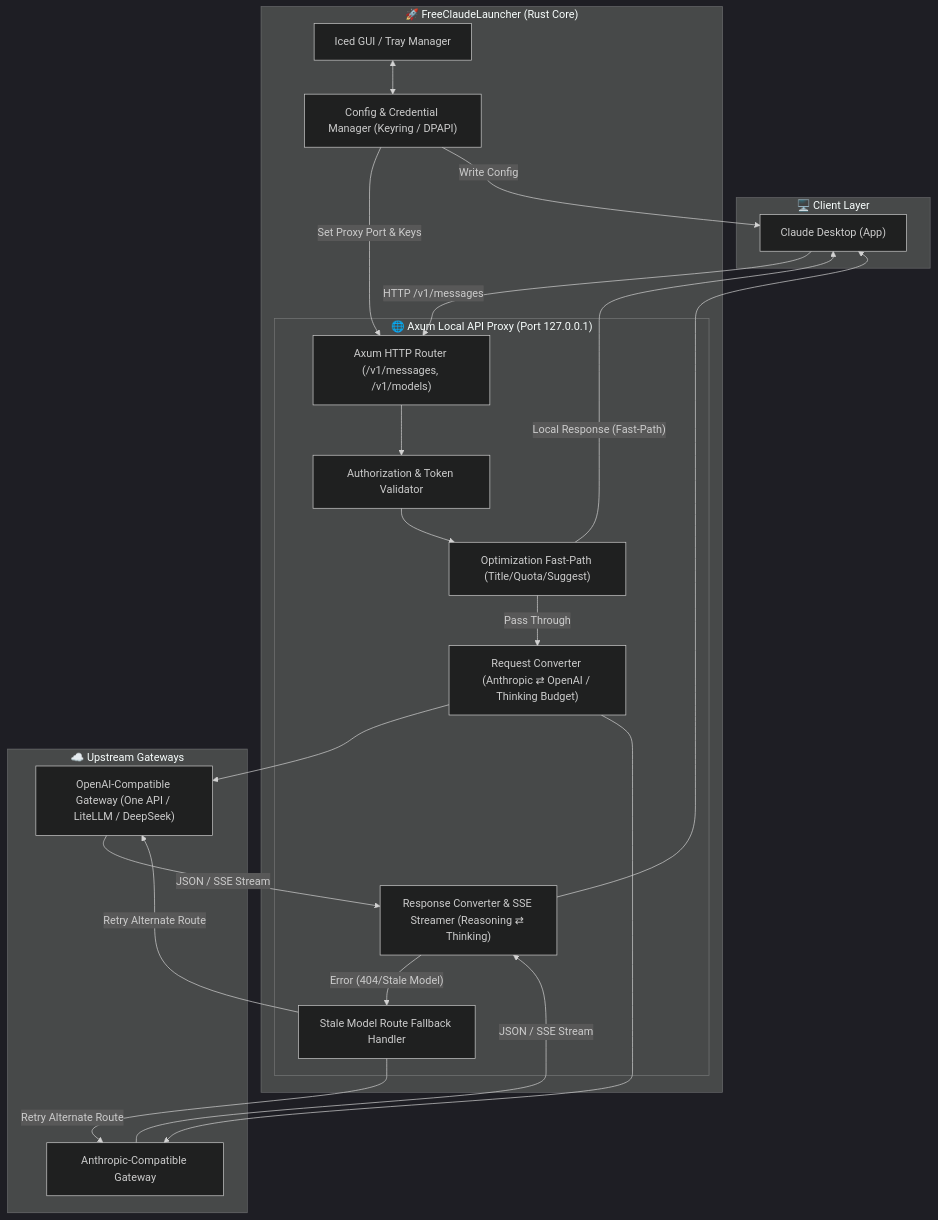
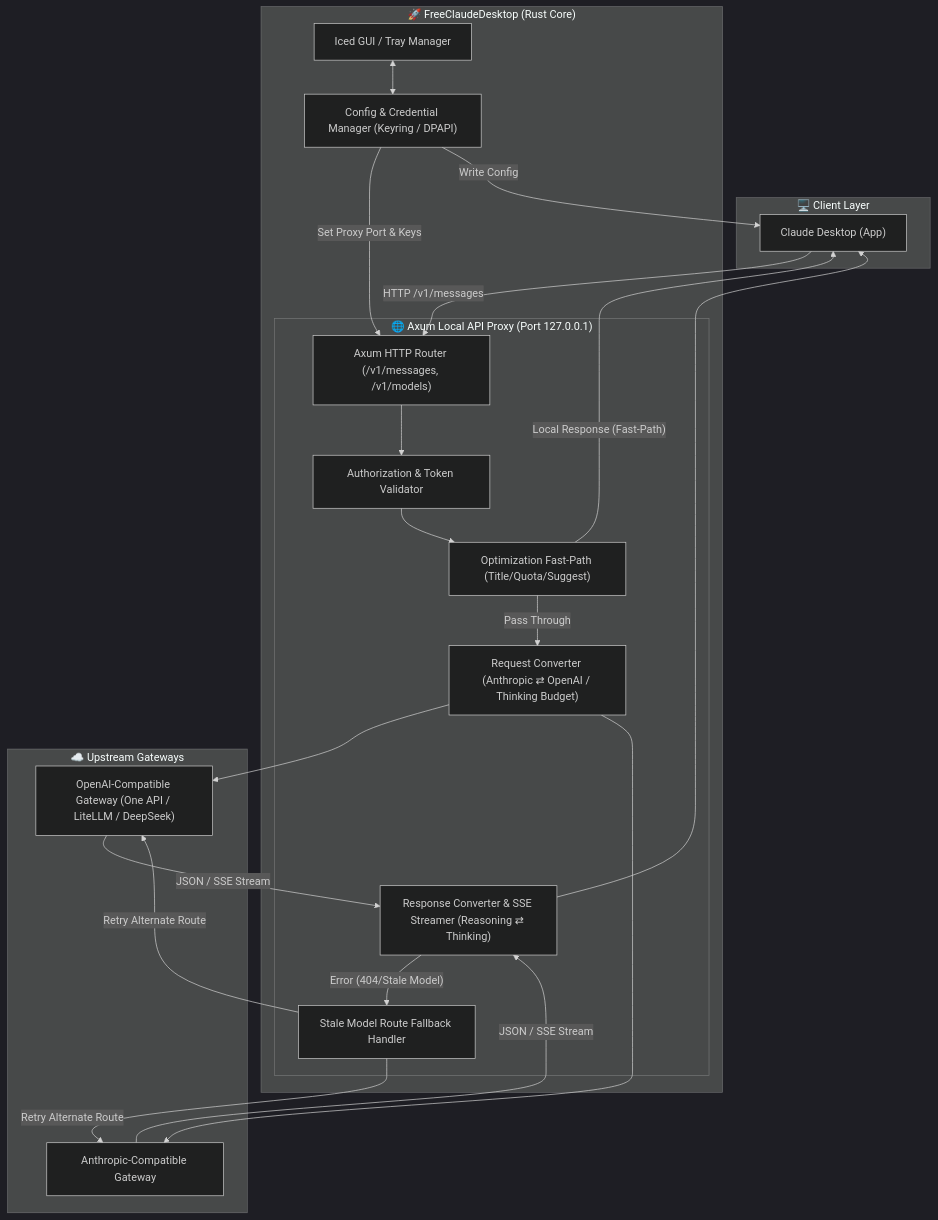
The first of 2 diagrams in README_zh.md (mushroomTW/FreeClaudeDesktop), drawn with Mermaid (dark theme) before and after one commit. The commit also changed other lines of this file and 12 other files, not shown here.

````diff
--- a/README_zh.md
+++ b/README_zh.md
@@ -17,43 +17,43 @@
 ```mermaid
 flowchart TD
     subgraph Client ["🖥️ Client Layer"]
         CD["Claude Desktop (App)"]
     end
 
-    subgraph Launcher ["🚀 FreeClaudeLauncher (Rust Core)"]
+    subgraph Launcher ["🚀 FreeClaudeDesktop (Rust Core)"]
         GUI["Iced GUI / Tray Manager"]
         Config["Config & Credential Manager (Keyring / DPAPI)"]
         
         subgraph ProxyServer ["🌐 Axum Local API Proxy (Port 127.0.0.1)"]
             Router["Axum HTTP Router (/v1/messages, /v1/models)"]
             AuthValidator["Authorization & Token Validator"]
             FastPath["Optimization Fast-Path (Title/Quota/Suggest)"]
             ReqConv["Request Converter (Anthropic ⇄ OpenAI / Thinking Budget)"]
             RespConv["Response Converter & SSE Streamer (Reasoning ⇄ Thinking)"]
             Fallback["Stale Model Route Fallback Handler"]
         end
 
     end
 
     subgraph Upstream ["☁️ Upstream Gateways"]
         GW1["OpenAI-Compatible Gateway (One API / LiteLLM / DeepSeek)"]
         GW2["Anthropic-Compatible Gateway"]
     end
 
     CD -- "HTTP /v1/messages" --> Router
     GUI <--> Config
     Config -- "Set Proxy Port & Keys" --> Router
     Config -- "Write Config" --> CD
 
     Router --> AuthValidator
     AuthValidator --> FastPath
     FastPath -- "Local Response (Fast-Path)" --> CD
     FastPath -- "Pass Through" --> ReqConv
 
     ReqConv --> GW1 & GW2
     GW1 & GW2 -- "JSON / SSE Stream" --> RespConv
     RespConv -- "Error (404/Stale Model)" --> Fallback
     Fallback -- "Retry Alternate Route" --> GW1 & GW2
     RespConv --> CD
 
 ```
````
